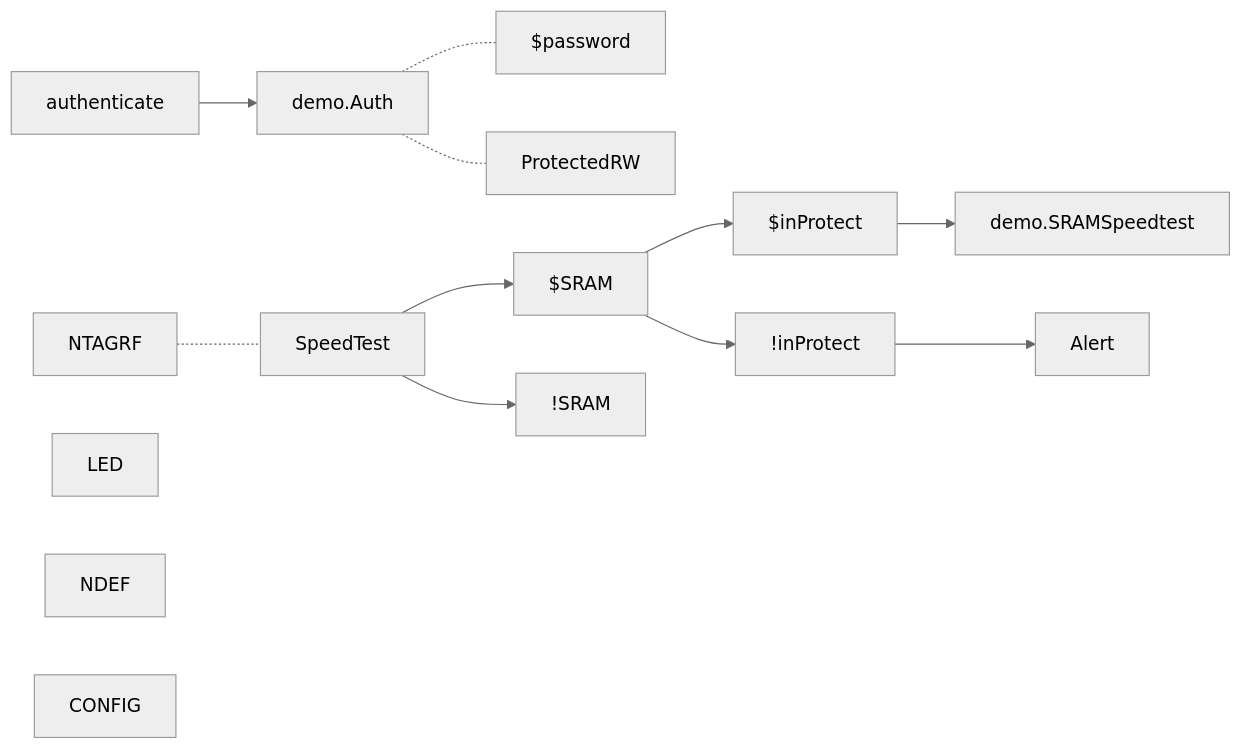
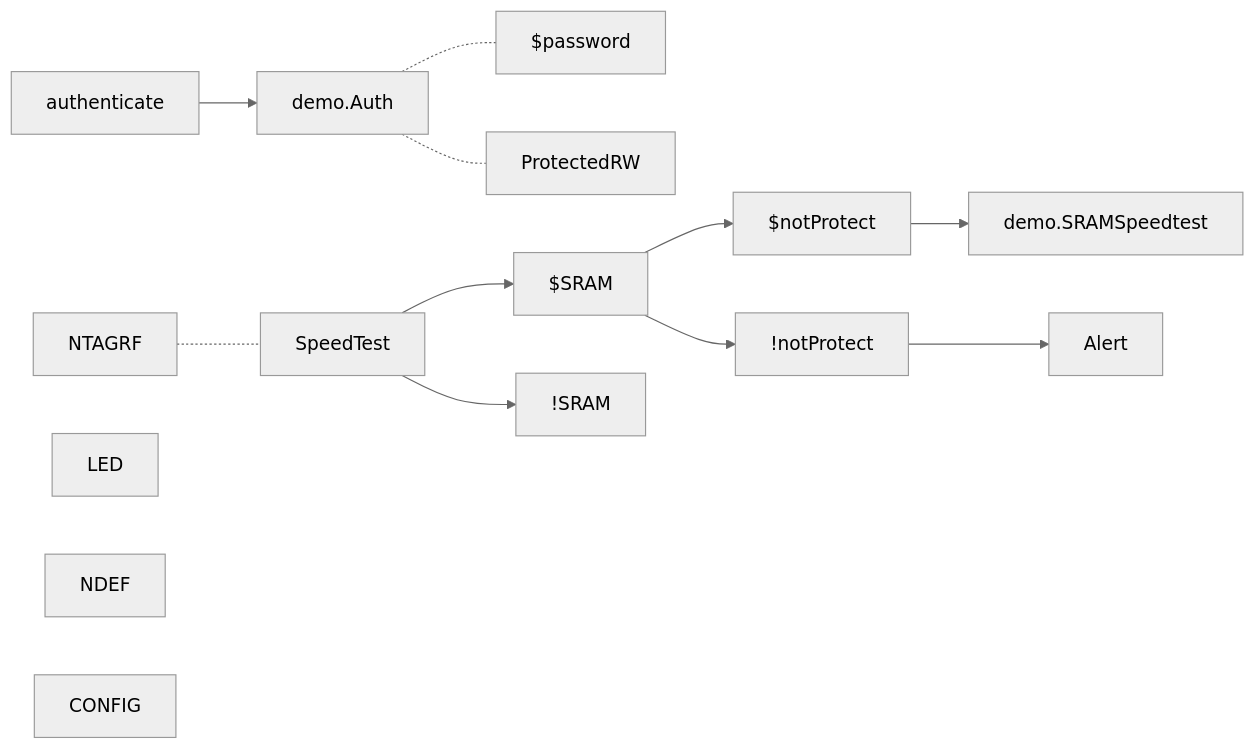
One commit to gordianknotC/nxp_note changed the fifth of 5 diagrams in nxp/MainActivity.md. Above: the diagram before and after it, drawn with Mermaid (neutral theme). The commit also changed other lines of this file, not shown here.

Commit message:
nxp/MainActivity.md updated from https://stackedit.io/

````diff
--- a/nxp/MainActivity.md
+++ b/nxp/MainActivity.md
@@ -56,17 +56,18 @@
 ```mermaid
 graph LR
 authenticate --> demo.Auth
 demo.Auth -.- $password
 demo.Auth -.- ProtectedRW
 NTAGRF -.- SpeedTest
 SpeedTest --> $SRAM
 SpeedTest --> !SRAM
-$SRAM --> $inProtect
-$SRAM --> !inProtect
-$inProtect --> demo.SRAMSpeedtest
-!inProtect --> Alert
+$SRAM --> $notProtect
+$SRAM --> !notProtect
+$notProtect--> demo.SRAMSpeedtest
+!notProtect--> Alert
+!SRAM 
 
 LED
 NDEF
 CONFIG
 ```
````
